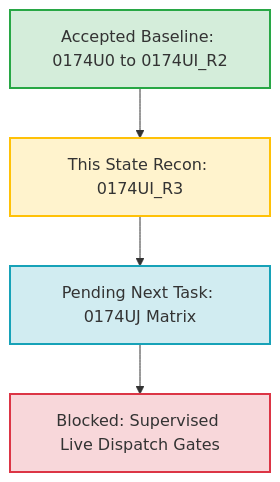
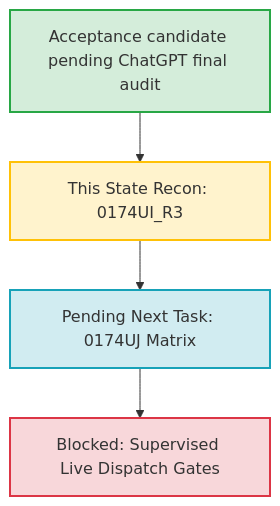
One commit to fatcat2109/capital-chronicle-contentops changed the diagram in docs/automation/0174UI_R3_STATE_RECON/current_repo_state_report.md. Above: the diagram before and after it, drawn with Mermaid. The commit also changed other lines of this file and 4 other files, not shown here.

````diff
--- a/docs/automation/0174UI_R3_STATE_RECON/current_repo_state_report.md
+++ b/docs/automation/0174UI_R3_STATE_RECON/current_repo_state_report.md
@@ -45,10 +45,10 @@
 ```mermaid
 graph TD
-    A[Accepted Baseline: 0174U0 to 0174UI_R2] --> B[This State Recon: 0174UI_R3]
+    A[Acceptance candidate pending ChatGPT final audit] --> B[This State Recon: 0174UI_R3]
     B --> C[Pending Next Task: 0174UJ Matrix]
     C --> D[Blocked: Supervised Live Dispatch Gates]
     style A fill:#d4edda,stroke:#28a745,stroke-width:2px
     style B fill:#fff3cd,stroke:#ffc107,stroke-width:2px
     style C fill:#d1ecf1,stroke:#17a2b8,stroke-width:2px
     style D fill:#f8d7da,stroke:#dc3545,stroke-width:2px
 ```
````
